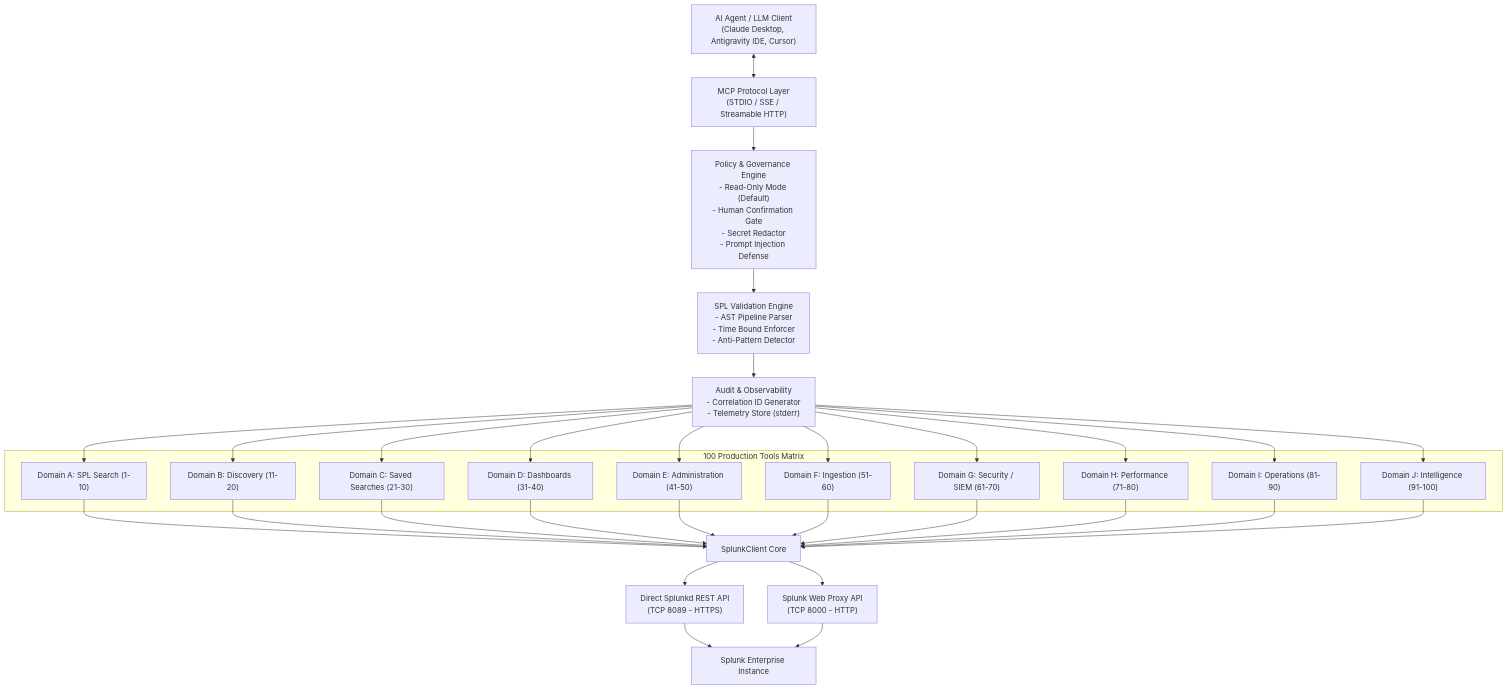
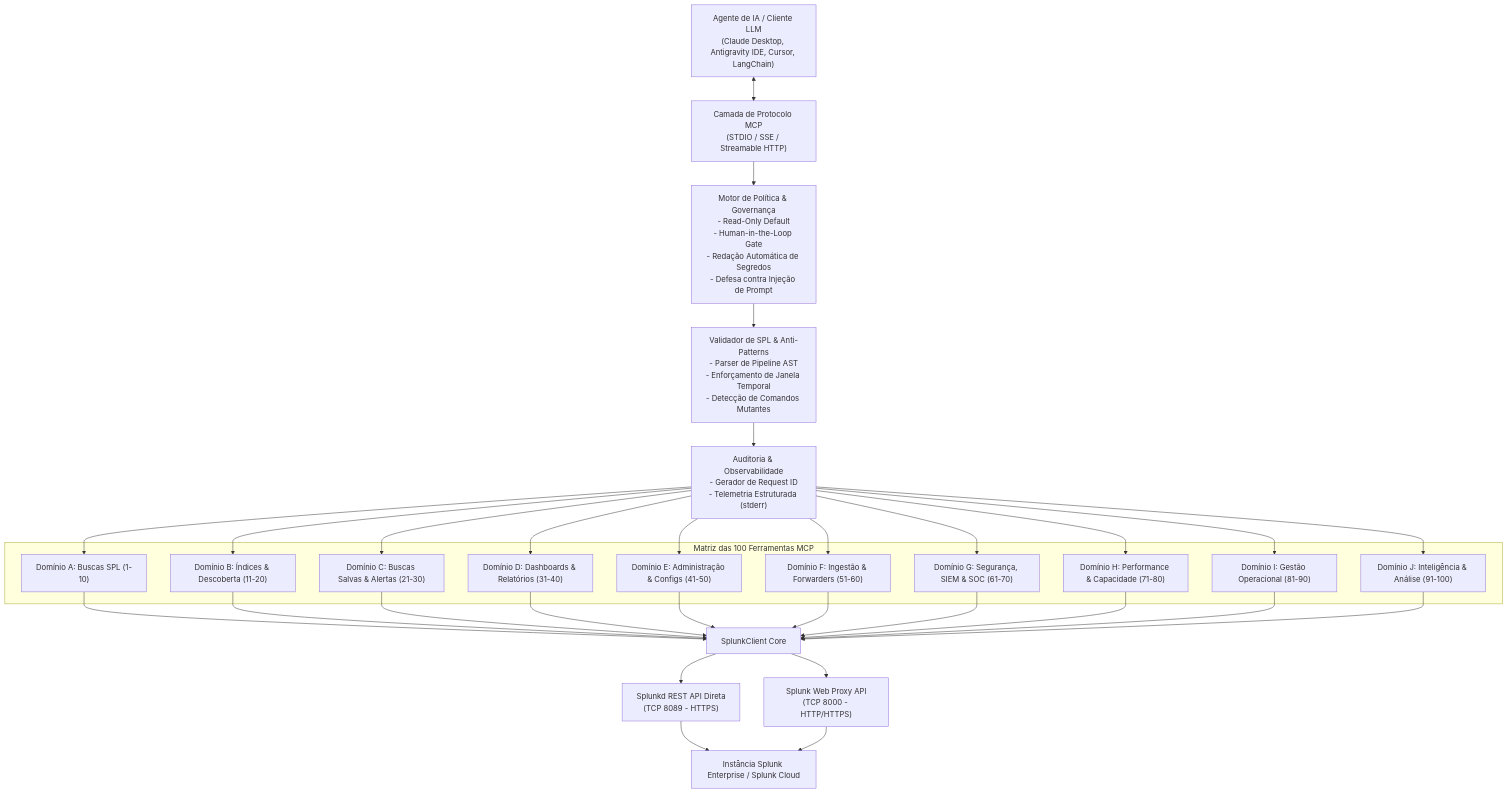
The diagram in README.md (nks1097/Splunk_Enterprice_MCP), drawn with Mermaid before and after one commit. The commit also changed other lines of this file and 5 other files, not shown here.

````diff
--- a/README.md
+++ b/README.md
@@ -32,35 +34,35 @@
 ```mermaid
 graph TD
-    Agent["AI Agent / LLM Client\n(Claude Desktop, Antigravity IDE, Cursor)"]
-    MCP_STDIO["MCP Protocol Layer\n(STDIO / SSE / Streamable HTTP)"]
-    GOV["Policy & Governance Engine\n- Read-Only Mode (Default)\n- Human Confirmation Gate\n- Secret Redactor\n- Prompt Injection Defense"]
-    VAL["SPL Validation Engine\n- AST Pipeline Parser\n- Time Bound Enforcer\n- Anti-Pattern Detector"]
-    AUDIT["Audit & Observability\n- Correlation ID Generator\n- Telemetry Store (stderr)"]
+    Agent["Agente de IA / Cliente LLM\n(Claude Desktop, Antigravity IDE, Cursor, LangChain)"]
+    MCP_STDIO["Camada de Protocolo MCP\n(STDIO / SSE / Streamable HTTP)"]
+    GOV["Motor de Política & Governança\n- Read-Only Default\n- Human-in-the-Loop Gate\n- Redação Automática de Segredos\n- Defesa contra Injeção de Prompt"]
+    VAL["Validador de SPL & Anti-Patterns\n- Parser de Pipeline AST\n- Enforçamento de Janela Temporal\n- Detecção de Comandos Mutantes"]
+    AUDIT["Auditoria & Observabilidade\n- Gerador de Request ID\n- Telemetria Estruturada (stderr)"]
     
-    subgraph "100 Production Tools Matrix"
-        DA["Domain A: SPL Search (1-10)"]
-        DB["Domain B: Discovery (11-20)"]
-        DC["Domain C: Saved Searches (21-30)"]
-        DD["Domain D: Dashboards (31-40)"]
-        DE["Domain E: Administration (41-50)"]
-        DF["Domain F: Ingestion (51-60)"]
-        DG["Domain G: Security / SIEM (61-70)"]
-        DH["Domain H: Performance (71-80)"]
-        DI["Domain I: Operations (81-90)"]
-        DJ["Domain J: Intelligence (91-100)"]
+    subgraph "Matriz das 100 Ferramentas MCP"
+        DA["Domínio A: Buscas SPL (1-10)"]
+        DB["Domínio B: Índices & Descoberta (11-20)"]
+        DC["Domínio C: Buscas Salvas & Alertas (21-30)"]
+        DD["Domínio D: Dashboards & Relatórios (31-40)"]
+        DE["Domínio E: Administração & Configs (41-50)"]
+        DF["Domínio F: Ingestão & Forwarders (51-60)"]
+        DG["Domínio G: Segurança, SIEM & SOC (61-70)"]
+        DH["Domínio H: Performance & Capacidade (71-80)"]
+        DI["Domínio I: Gestão Operacional (81-90)"]
+        DJ["Domínio J: Inteligência & Análise (91-100)"]
     end
 
     CLIENT["SplunkClient Core"]
-    DIRECT["Direct Splunkd REST API\n(TCP 8089 - HTTPS)"]
-    PROXY["Splunk Web Proxy API\n(TCP 8000 - HTTP)"]
-    SPLUNK["Splunk Enterprise Instance"]
+    DIRECT["Splunkd REST API Direta\n(TCP 8089 - HTTPS)"]
+    PROXY["Splunk Web Proxy API\n(TCP 8000 - HTTP/HTTPS)"]
+    SPLUNK["Instância Splunk Enterprise / Splunk Cloud"]
 
     Agent <--> MCP_STDIO
     MCP_STDIO --> GOV
     GOV --> VAL
     VAL --> AUDIT
     AUDIT --> DA & DB & DC & DD & DE & DF & DG & DH & DI & DJ
     DA & DB & DC & DD & DE & DF & DG & DH & DI & DJ --> CLIENT
     CLIENT --> DIRECT & PROXY
     DIRECT & PROXY --> SPLUNK
 ```
````
